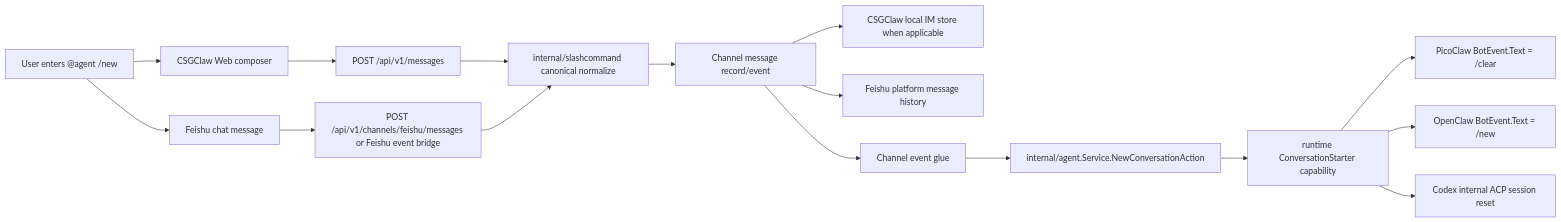
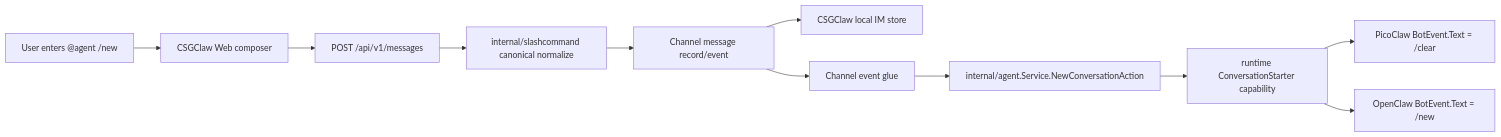
One commit to GatewayJ/csgclaw changed the first of 3 diagrams in docs/im/im-chat-agent-history-cleanup.en.md. Above: the diagram before and after it, drawn with Mermaid. The commit also changed other lines of this file and 8 other files, not shown here.

Commit message:
fix(im): scope agent reset to csgclaw channel

````diff
--- a/docs/im/im-chat-agent-history-cleanup.en.md
+++ b/docs/im/im-chat-agent-history-cleanup.en.md
@@ -150,18 +148,13 @@
 ```mermaid
 flowchart LR
   User["User enters @agent /new"] --> Web["CSGClaw Web composer"]
-  User --> Feishu["Feishu chat message"]
   Web --> WebAPI["POST /api/v1/messages"]
-  Feishu --> FeishuAPI["POST /api/v1/channels/feishu/messages or Feishu event bridge"]
   WebAPI --> Slash["internal/slashcommand canonical normalize"]
-  FeishuAPI --> Slash
   Slash --> ChannelRecord["Channel message record/event"]
-  ChannelRecord --> IM["CSGClaw local IM store when applicable"]
-  ChannelRecord --> FeishuRecord["Feishu platform message history"]
+  ChannelRecord --> IM["CSGClaw local IM store"]
   ChannelRecord --> Glue["Channel event glue"]
   Glue --> AgentSvc["internal/agent.Service.NewConversationAction"]
   AgentSvc --> Runtime["runtime ConversationStarter capability"]
   Runtime --> Pico["PicoClaw BotEvent.Text = /clear"]
   Runtime --> Open["OpenClaw BotEvent.Text = /new"]
-  Runtime --> Codex["Codex internal ACP session reset"]
 ```
````
